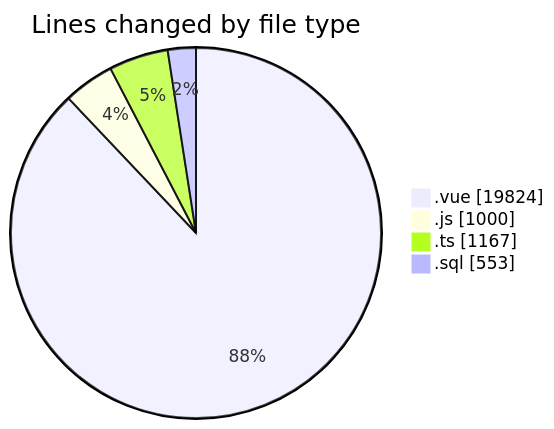
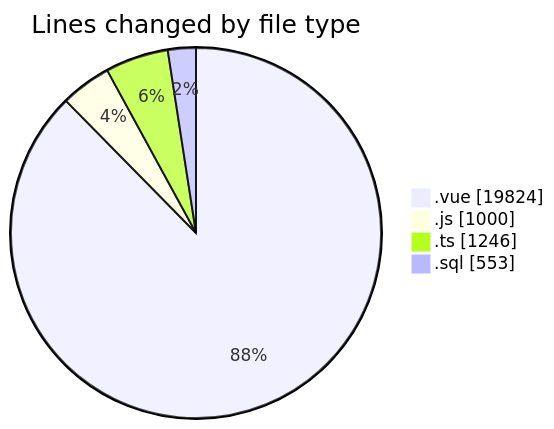
Before and after one commit to lephambinh05/code-tracking: the first of 2 diagrams in 2025-08-13/rentotp/README.md, drawn with Mermaid. The commit also changed other lines of this file and 1 other file, not shown here.

````diff
--- a/2025-08-13/rentotp/README.md
+++ b/2025-08-13/rentotp/README.md
@@ -46,8 +48,8 @@
 ```mermaid
 pie showData
 title Lines changed by file type
 ".vue" : 19824
 ".js" : 1000
-".ts" : 1167
+".ts" : 1246
 ".sql" : 553
 ```
````
